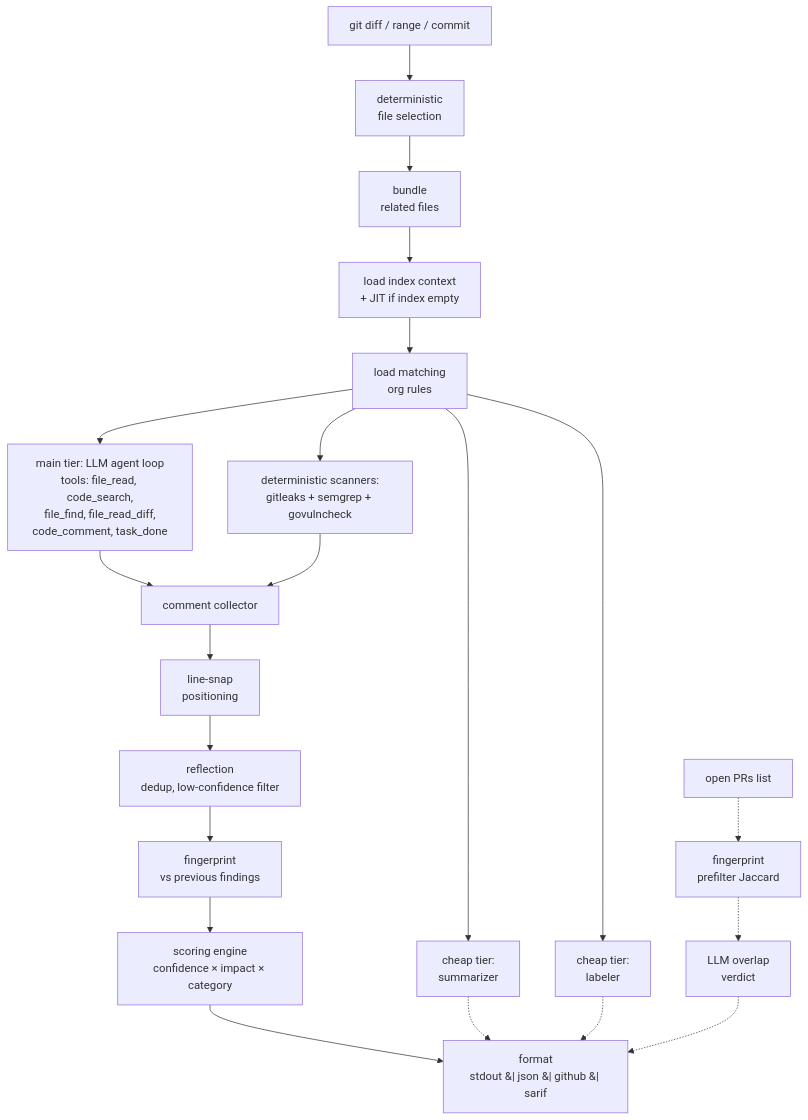
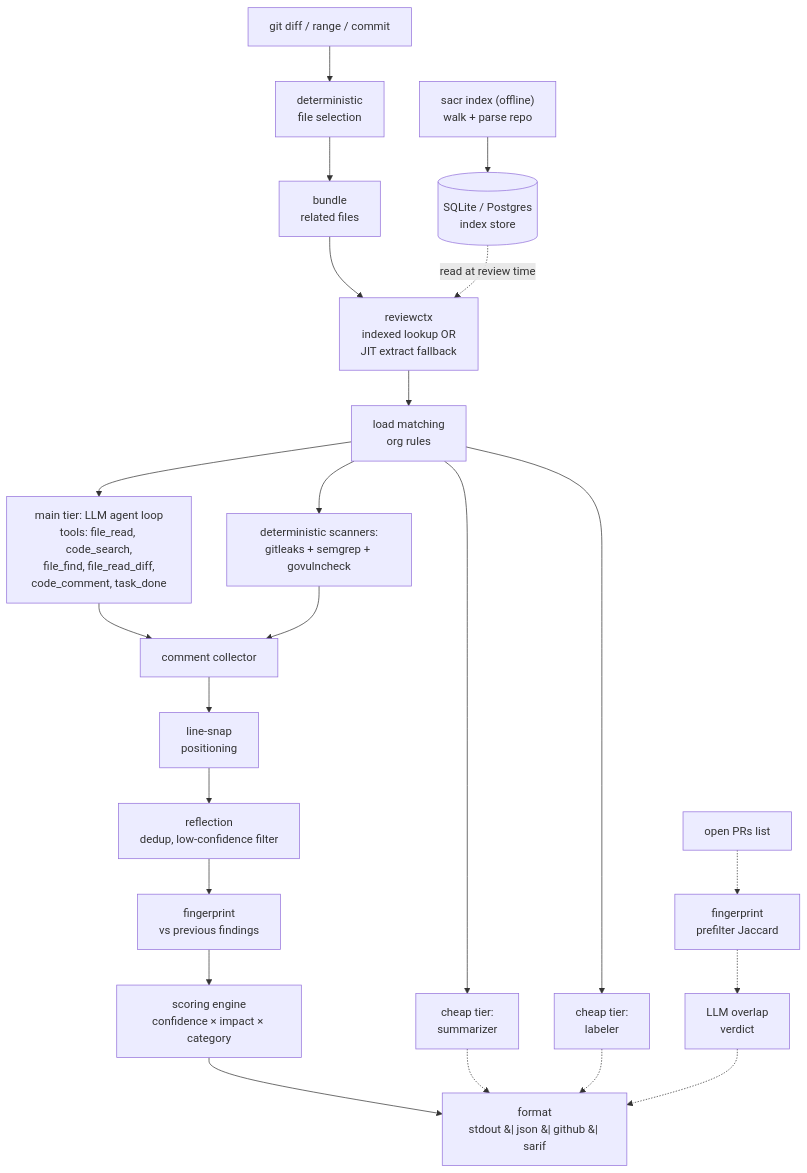
The diagram in docs/ARCHITECTURE.md (shubam-disseqt/shubam-ai-code-reviewer), drawn with Mermaid before and after one commit. The commit also changed 2 other files, not shown here.

First paragraph of the commit message:
docs: make indexing a first-class step in every pipeline diagram
Two issues surfaced at once:

````diff
--- a/docs/ARCHITECTURE.md
+++ b/docs/ARCHITECTURE.md
@@ -31,26 +31,29 @@
 ```mermaid
 flowchart TD
+    IX0["sacr index (offline)<br/>walk + parse repo"] --> IX1[(SQLite / Postgres<br/>index store)]
+
     A[git diff / range / commit] --> B[deterministic<br/>file selection]
     B --> C[bundle<br/>related files]
-    C --> D[load index context<br/>+ JIT if index empty]
+    C --> D["reviewctx<br/>indexed lookup OR<br/>JIT extract fallback"]
+    IX1 -. read at review time .-> D
     D --> E[load matching<br/>org rules]
 
     E --> S1[cheap tier:<br/>summarizer]
     E --> S2[cheap tier:<br/>labeler]
     E --> S3[deterministic scanners:<br/>gitleaks + semgrep + govulncheck]
     E --> F[main tier: LLM agent loop<br/>tools: file_read, code_search,<br/>file_find, file_read_diff,<br/>code_comment, task_done]
 
     F --> G[comment collector]
     S3 --> G
     G --> H[line-snap<br/>positioning]
     H --> I[reflection<br/>dedup, low-confidence filter]
     I --> P[fingerprint<br/>vs previous findings]
     P --> Q[scoring engine<br/>confidence × impact × category]
     Q --> J[format<br/>stdout &#124; json &#124; github &#124; sarif]
     S1 -.-> J
     S2 -.-> J
 
     K[open PRs list] -.-> L[fingerprint<br/>prefilter Jaccard]
     L -.-> M[LLM overlap<br/>verdict]
     M -.-> J
 ```
````
